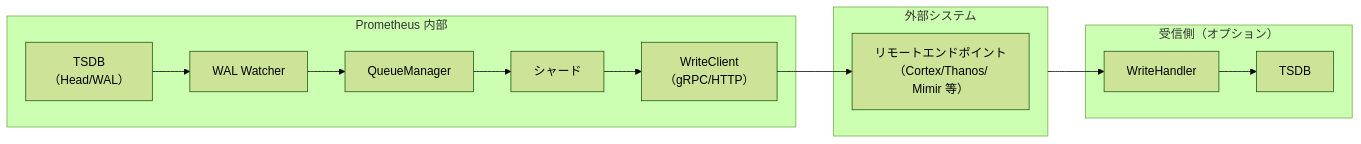
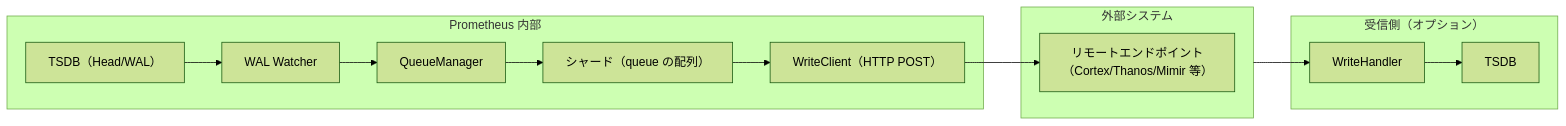
One commit to miyamadoKL/source-code-reading changed the first of 3 diagrams in prometheus/part05-external/14-remote-write-and-read.md. Above: the diagram before and after it, drawn with Mermaid (forest theme). The commit also changed other lines of this file and 11 other files, not shown here.

````diff
--- a/prometheus/part05-external/14-remote-write-and-read.md
+++ b/prometheus/part05-external/14-remote-write-and-read.md
@@ -25,19 +27,19 @@
 ```mermaid
 flowchart LR
     subgraph local["Prometheus 内部"]
-        tsdb["TSDB\n（Head/WAL）"] --> walWatcher["WAL Watcher"]
+        tsdb["TSDB（Head/WAL）"] --> walWatcher["WAL Watcher"]
         walWatcher --> queueManager["QueueManager"]
-        queueManager --> shards["シャード"]
-        shards --> client["WriteClient\n（gRPC/HTTP）"]
+        queueManager --> shards["シャード（queue の配列）"]
+        shards --> client["WriteClient（HTTP POST）"]
     end
     subgraph external["外部システム"]
-        endpoint["リモートエンドポイント\n（Cortex/Thanos/\nMimir 等）"]
+        endpoint["リモートエンドポイント（Cortex/Thanos/Mimir 等）"]
     end
     client --> endpoint
 
     subgraph receiver["受信側（オプション）"]
         writeHandler["WriteHandler"]
         writeHandler --> receiverTSDB["TSDB"]
     end
     external --> writeHandler
 ```
````
